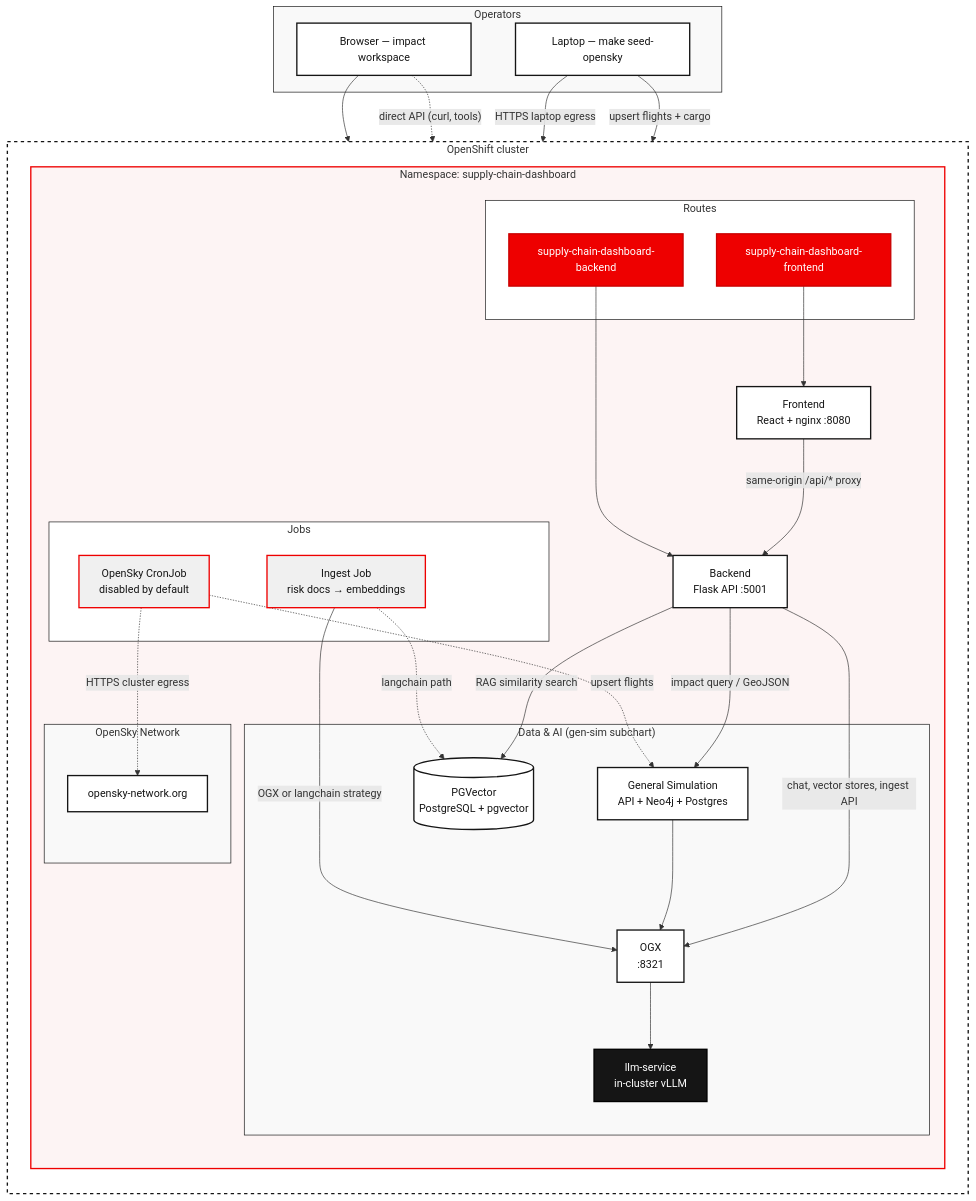
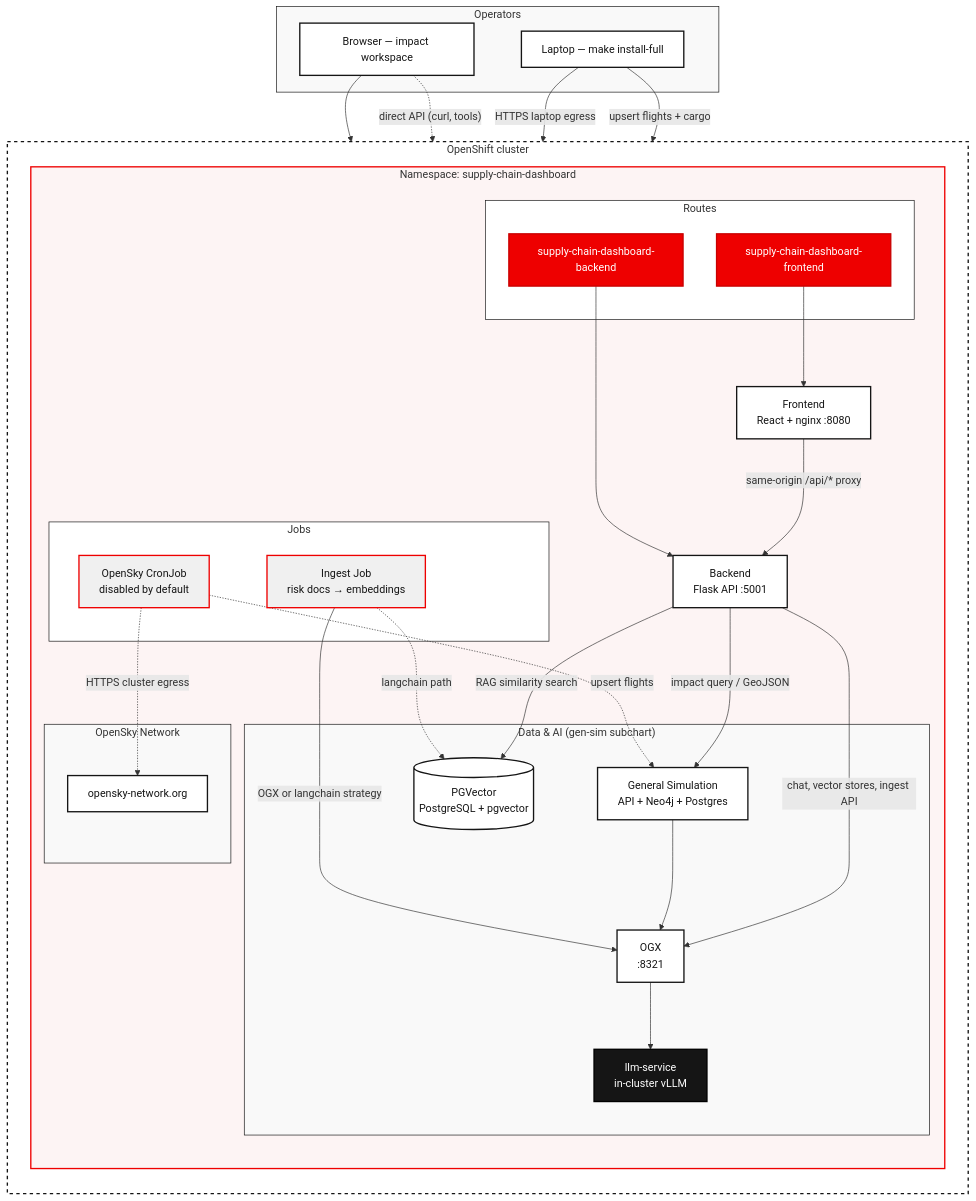
The diagram in README.md (rh-ai-quickstart/ai-supply-chain-agent), drawn with Mermaid before and after one commit. The commit also changed other lines of this file and 14 other files, not shown here.

````diff
--- a/README.md
+++ b/README.md
@@ -68,69 +67,69 @@
 ```mermaid
 flowchart TB
     classDef default fill:#F0F0F0,stroke:#EE0000,stroke-width:2px,color:#151515
     classDef rhRed fill:#EE0000,stroke:#C90000,stroke-width:2px,color:#FFFFFF
     classDef rhBlack fill:#151515,stroke:#000000,stroke-width:2px,color:#FFFFFF
     classDef rhOutline fill:#FFFFFF,stroke:#151515,stroke-width:2px,color:#151515
 
     subgraph users["Operators"]
         U1["Browser — impact workspace"]:::rhOutline
-        U2["Laptop — make seed-opensky"]:::rhOutline
+        U2["Laptop — make install-full"]:::rhOutline
     end
 
     subgraph ocp["OpenShift cluster"]
         direction TB
         subgraph ns["Namespace: supply-chain-dashboard"]
             direction TB
             subgraph routes["Routes"]
                 R_FE["supply-chain-dashboard-frontend"]:::rhRed
                 R_BE["supply-chain-dashboard-backend"]:::rhRed
             end
 
             FE["Frontend<br/>React + nginx :8080"]:::rhOutline
             BE["Backend<br/>Flask API :5001"]:::rhOutline
 
             subgraph jobs["Jobs"]
                 ING["Ingest Job<br/>risk docs → embeddings"]:::default
                 OSJOB["OpenSky CronJob<br/>disabled by default"]:::default
             end
 
             subgraph data["Data & AI (gen-sim subchart)"]
                 PG[("PGVector<br/>PostgreSQL + pgvector")]:::rhOutline
                 LS["OGX<br/>:8321"]:::rhOutline
                 VLLM["llm-service<br/>in-cluster vLLM"]:::rhBlack
                 GS["General Simulation<br/>API + Neo4j + Postgres"]:::rhOutline
             end
 
             subgraph ext["OpenSky Network"]
                 OS["opensky-network.org"]:::rhOutline
             end
         end
     end
 
     U1 --> R_FE --> FE
     FE -->|"same-origin /api/* proxy"| BE
     U1 -.->|"direct API (curl, tools)"| R_BE
     R_BE --> BE
 
     BE -->|"impact query / GeoJSON"| GS
     BE -->|"RAG similarity search"| PG
     BE -->|"chat, vector stores, ingest API"| LS
     LS --> VLLM
     GS --> LS
 
     ING -->|"OGX or langchain strategy"| LS
     ING -.->|"langchain path"| PG
 
     U2 -->|"HTTPS laptop egress"| OS
     U2 -->|"upsert flights + cargo"| GS
     OSJOB -.->|"HTTPS cluster egress"| OS
     OSJOB -.->|"upsert flights"| GS
 
     style users fill:#f9f9f9,stroke:#151515,stroke-width:1px
     style ext fill:#f9f9f9,stroke:#151515,stroke-width:1px
     style ocp fill:#ffffff,stroke:#151515,stroke-width:2px,stroke-dasharray: 5 5
     style ns fill:#fdf4f4,stroke:#EE0000,stroke-width:2px
     style routes fill:#ffffff,stroke:#151515,stroke-width:1px
     style jobs fill:#ffffff,stroke:#151515,stroke-width:1px
     style data fill:#f9f9f9,stroke:#151515,stroke-width:1px
 ```
````
